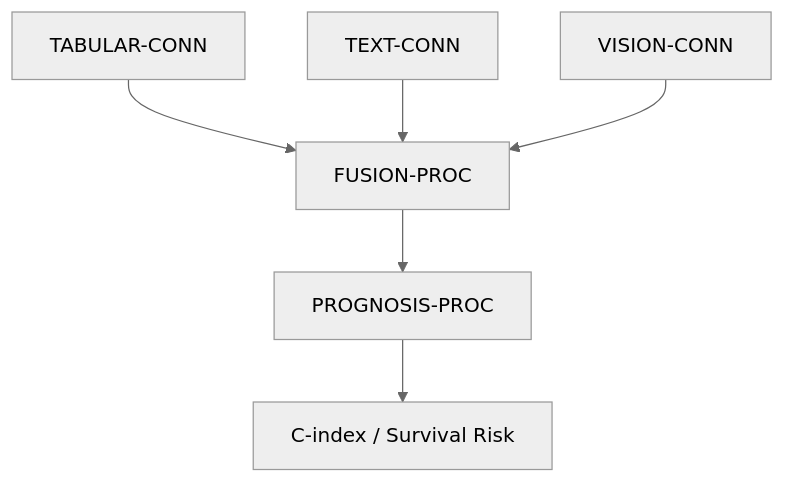
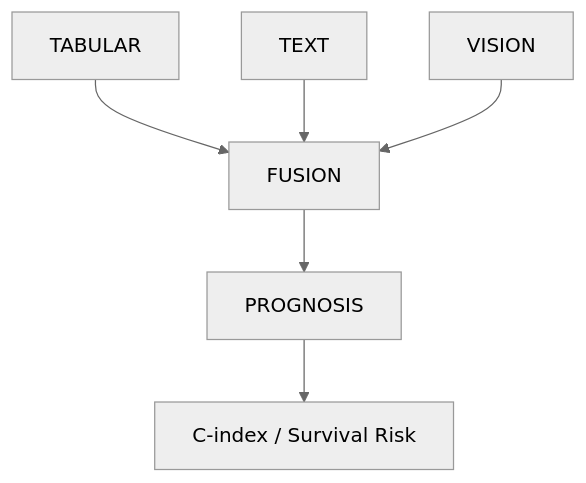
The diagram in README.md (raulprtech/clinical_core), drawn with Mermaid (neutral theme) before and after one commit. The commit also changed other lines of this file, not shown here.

Commit message:
refactor: transition to modality-centric architecture and reorganize project structure

````diff
--- a/README.md
+++ b/README.md
@@ -5,8 +5,8 @@
 ```mermaid
 graph TD
-    A[TABULAR-CONN] --> D[FUSION-PROC]
-    B[TEXT-CONN] --> D
-    C[VISION-CONN] --> D[FUSION-PROC]
-    D --> E[PROGNOSIS-PROC]
+    A[TABULAR] --> D[FUSION]
+    B[TEXT] --> D
+    C[VISION] --> D[FUSION]
+    D --> E[PROGNOSIS]
     E --> F[C-index / Survival Risk]
 ```
````
